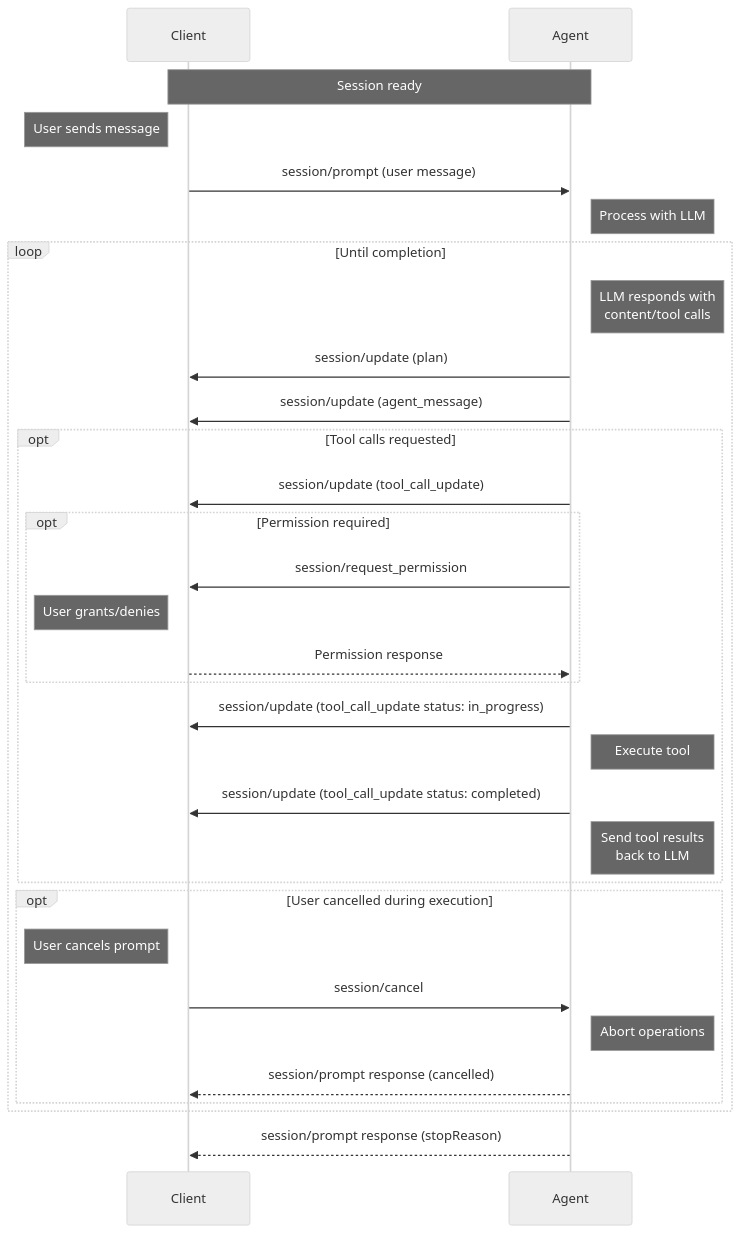
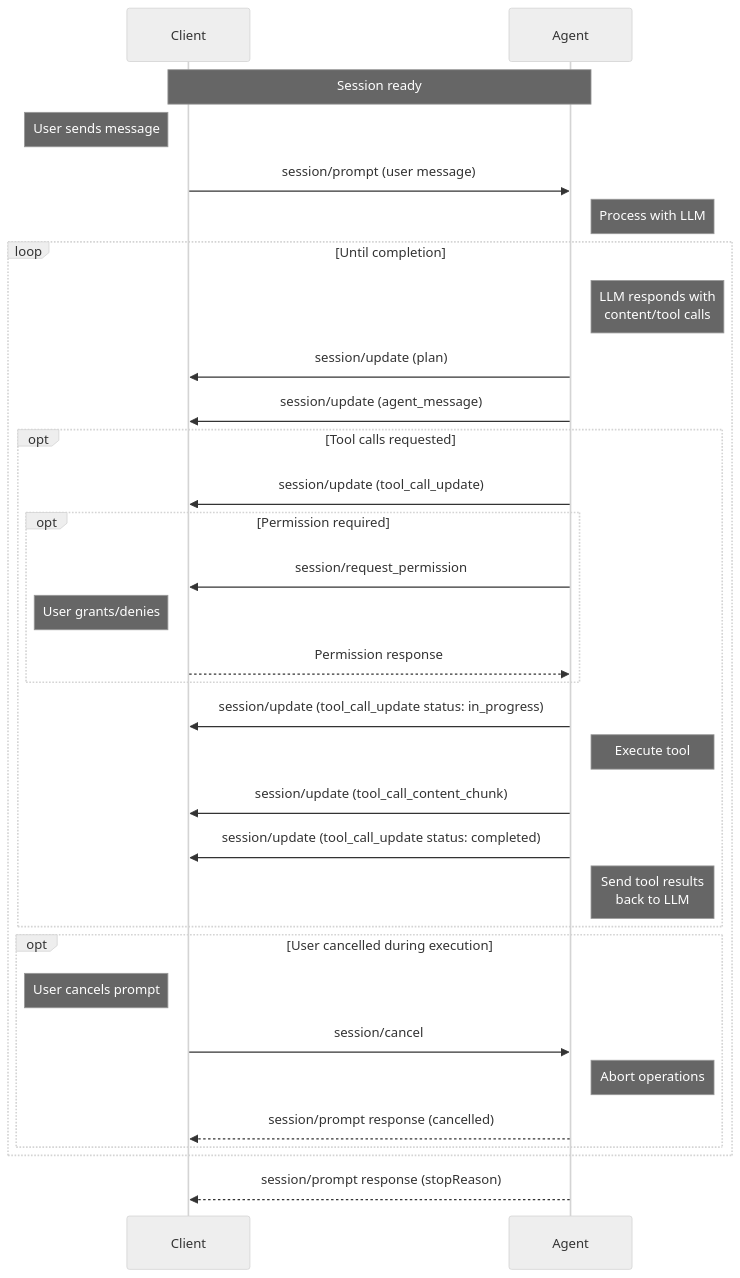
The diagram in docs/protocol/v2/draft/prompt-turn.mdx (dayanruben/agent-client-protocol), drawn with Mermaid (neutral theme) before and after one commit. The commit also changed other lines of this file and 16 other files, not shown here.

Commit message:
feat(unstable-v2): Add streaming tool-call content in v2 (#1407)

````diff
--- a/docs/protocol/v2/draft/prompt-turn.mdx
+++ b/docs/protocol/v2/draft/prompt-turn.mdx
@@ -16,40 +16,41 @@
 ```mermaid
 sequenceDiagram
     participant Client
     participant Agent
 
     Note over Agent,Client: Session ready
 
     Note left of Client: User sends message
     Client->>Agent: session/prompt (user message)
     Note right of Agent: Process with LLM
 
     loop Until completion
         Note right of Agent: LLM responds with<br/>content/tool calls
         Agent->>Client: session/update (plan)
         Agent->>Client: session/update (agent_message)
 
         opt Tool calls requested
             Agent->>Client: session/update (tool_call_update)
             opt Permission required
                 Agent->>Client: session/request_permission
                 Note left of Client: User grants/denies
                 Client-->>Agent: Permission response
             end
             Agent->>Client: session/update (tool_call_update status: in_progress)
             Note right of Agent: Execute tool
+            Agent->>Client: session/update (tool_call_content_chunk)
             Agent->>Client: session/update (tool_call_update status: completed)
             Note right of Agent: Send tool results<br/>back to LLM
         end
 
       opt User cancelled during execution
           Note left of Client: User cancels prompt
           Client->>Agent: session/cancel
           Note right of Agent: Abort operations
           Agent-->>Client: session/prompt response (cancelled)
       end
     end
 
     Agent-->>Client: session/prompt response (stopReason)
 
 ```
````
